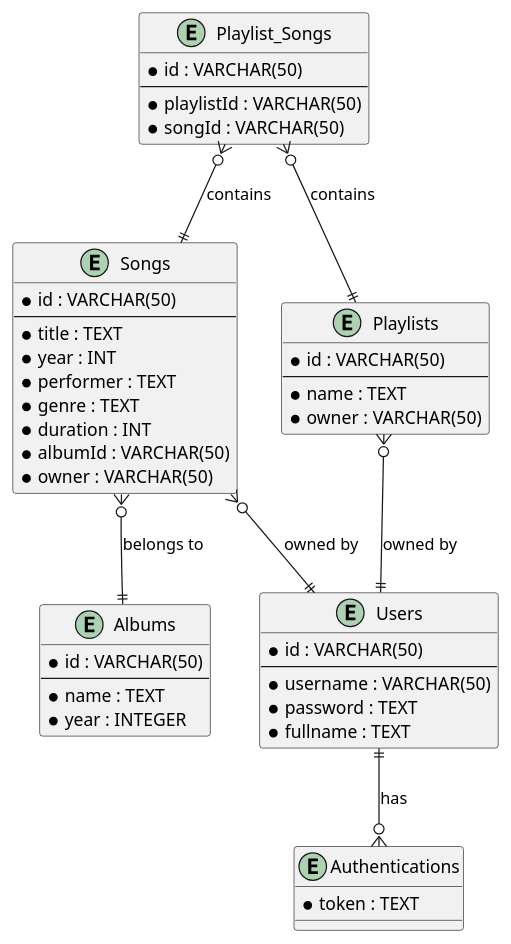
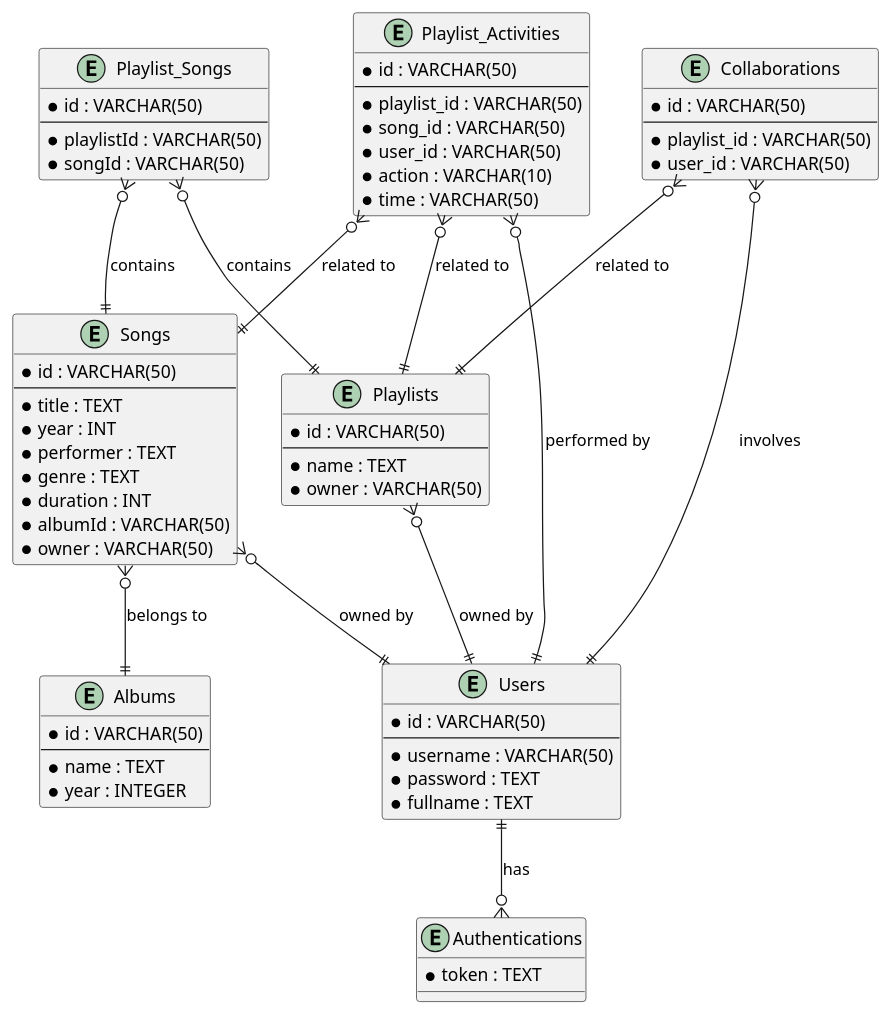
One commit to ilzamafif/open-music changed the diagram in db.puml. Above: the diagram before and after it, drawn with PlantUML. The commit also changed 13 other files, not shown here.

```diff
--- a/db.puml
+++ b/db.puml
@@ -1,53 +1,75 @@
 @startuml
 entity "Users" as users {
   * id : VARCHAR(50)
   --
   * username : VARCHAR(50)
   * password : TEXT
   * fullname : TEXT
 }
 
 entity "Songs" as songs {
   * id : VARCHAR(50)
   --
   * title : TEXT
   * year : INT
   * performer : TEXT
   * genre : TEXT
   * duration : INT
   * albumId : VARCHAR(50)
   * owner : VARCHAR(50)
 }
 
 entity "Albums" as albums {
   * id : VARCHAR(50)
   --
   * name : TEXT
   * year : INTEGER
 }
 
 entity "Authentications" as authentications {
   * token : TEXT
 }
 
 entity "Playlists" as playlists {
   * id : VARCHAR(50)
   --
   * name : TEXT
   * owner : VARCHAR(50)
 }
 
 entity "Playlist_Songs" as playlist_songs {
   * id : VARCHAR(50)
   --
   * playlistId : VARCHAR(50)
   * songId : VARCHAR(50)
 }
 
+entity "Playlist_Activities" as playlist_activities {
+  * id : VARCHAR(50)
+  --
+  * playlist_id : VARCHAR(50)
+  * song_id : VARCHAR(50)
+  * user_id : VARCHAR(50)
+  * action : VARCHAR(10)
+  * time : VARCHAR(50)
+}
+
+entity "Collaborations" as collaborations {
+  * id : VARCHAR(50)
+  --
+  * playlist_id : VARCHAR(50)
+  * user_id : VARCHAR(50)
+}
+
 songs }o--|| albums : "belongs to"
 songs }o--|| users : "owned by"
 users ||--o{ authentications : "has"
 playlists }o--|| users : "owned by"
 playlist_songs }o--|| playlists : "contains"
 playlist_songs }o--|| songs : "contains"
+playlist_activities }o--|| playlists : "related to"
+playlist_activities }o--|| songs : "related to"
+playlist_activities }o--|| users : "performed by"
+collaborations }o--|| playlists : "related to"
+collaborations }o--|| users : "involves"
 @enduml
```
